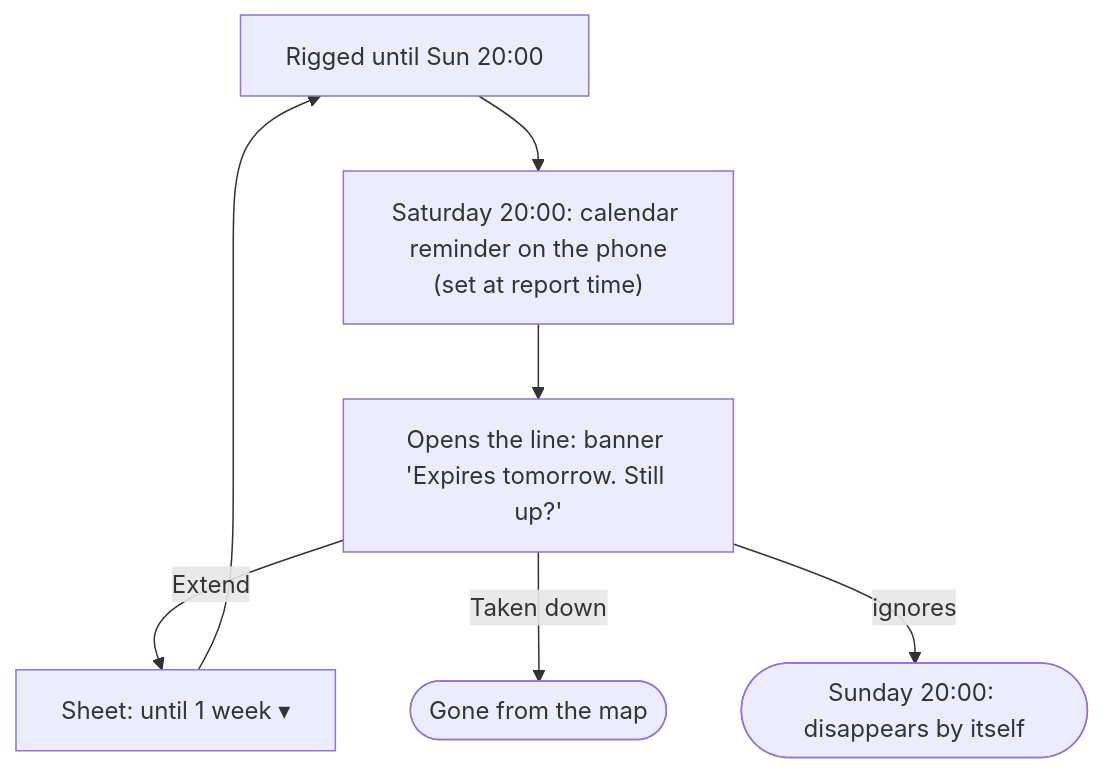
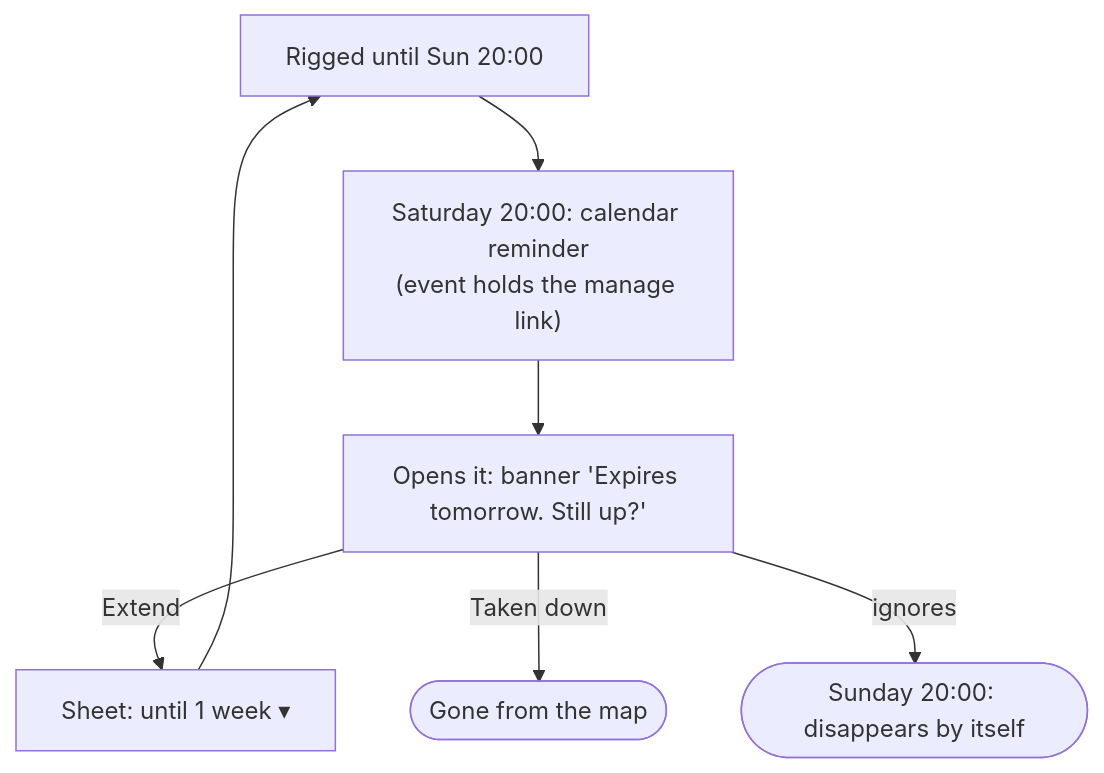
One commit to International-Slackline-Association/isa changed the eighth of 9 diagrams in specs/slackmap-live-lines/flows.md. Above: the diagram before and after it, drawn with Mermaid. The commit also changed other lines of this file and 5 other files, not shown here.

Commit message:
specs/slackmap-live-lines: manage link replaces the passkey; sharing it moves a rig to another device or hands it to a crew member; code after # so it never reaches server logs; hash erased when the rig ends; rejected options listed

````diff
--- a/specs/slackmap-live-lines/flows.md
+++ b/specs/slackmap-live-lines/flows.md
@@ -189,8 +145,8 @@
 ```mermaid
 flowchart TD
-    D["Rigged until Sun 20:00"] --> Cal["Saturday 20:00: calendar reminder on the phone<br/>(set at report time)"]
-    Cal --> O["Opens the line: banner 'Expires tomorrow. Still up?'"]
+    D["Rigged until Sun 20:00"] --> Cal["Saturday 20:00: calendar reminder<br/>(event holds the manage link)"]
+    Cal --> O["Opens it: banner 'Expires tomorrow. Still up?'"]
     O -- "Extend" --> X["Sheet: until  1 week ▾"] --> D
     O -- "Taken down" --> End([Gone from the map])
     O -- ignores --> Exp([Sunday 20:00: disappears by itself])
 ```
````
